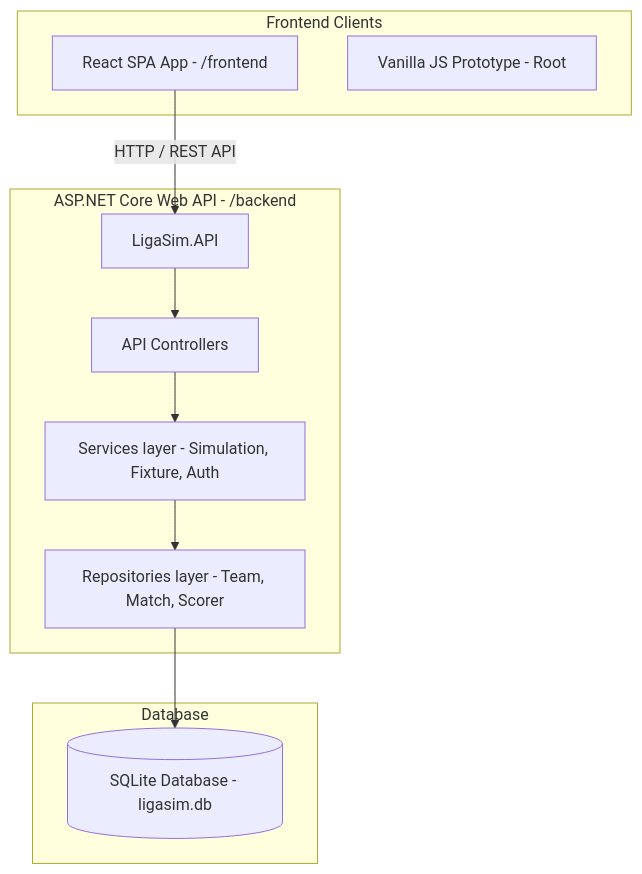
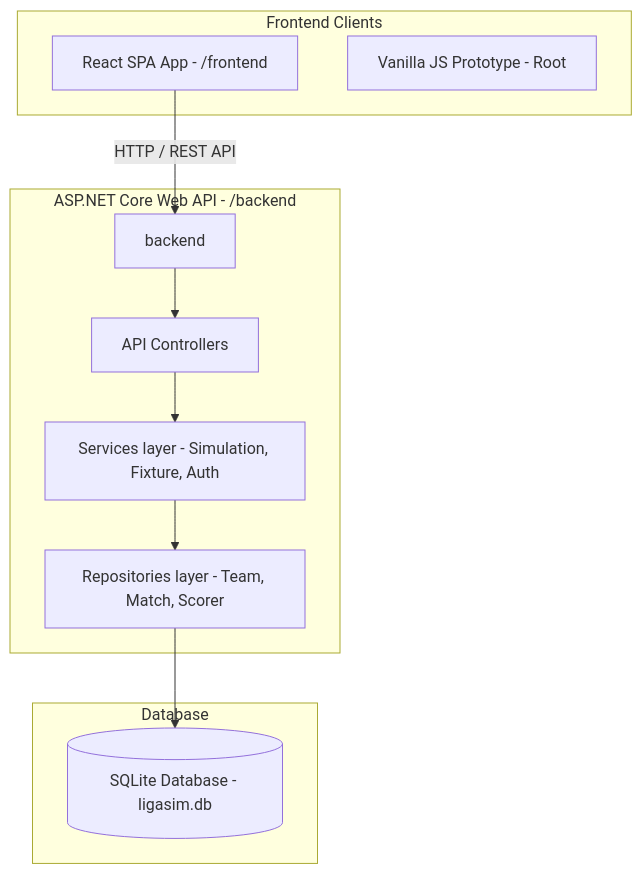
The diagram in README.md (AliAnaam/football-league-simulator), drawn with Mermaid before and after one commit. The commit also changed other lines of this file and 34 other files, not shown here.

````diff
--- a/README.md
+++ b/README.md
@@ -35,24 +35,24 @@
 ```mermaid
 graph TD
     subgraph Client Layer [Frontend Clients]
         ReactClient[React SPA App - /frontend]
         VanillaClient[Vanilla JS Prototype - Root]
     end
 
     subgraph Service Layer [ASP.NET Core Web API - /backend]
-        API[LigaSim.API]
+        API[backend]
         Controllers[API Controllers]
         Services[Services layer - Simulation, Fixture, Auth]
         Repos[Repositories layer - Team, Match, Scorer]
     end
 
     subgraph Storage Layer [Database]
         DB[(SQLite Database - ligasim.db)]
     end
 
     ReactClient -->|HTTP / REST API| API
     API --> Controllers
     Controllers --> Services
     Services --> Repos
     Repos --> DB
 ```
````
